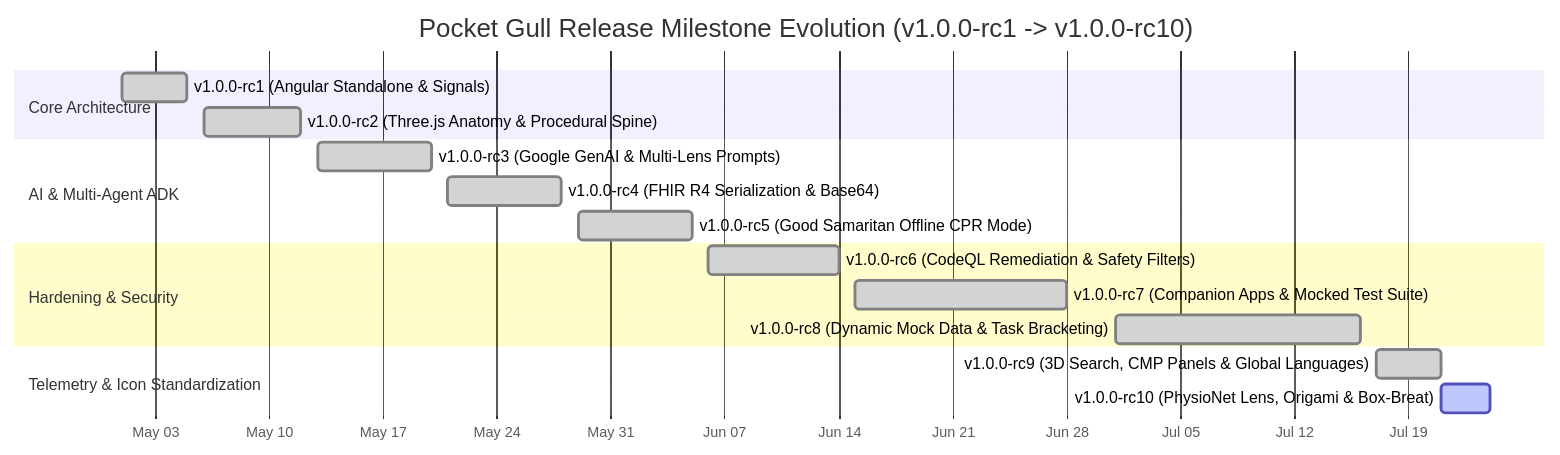
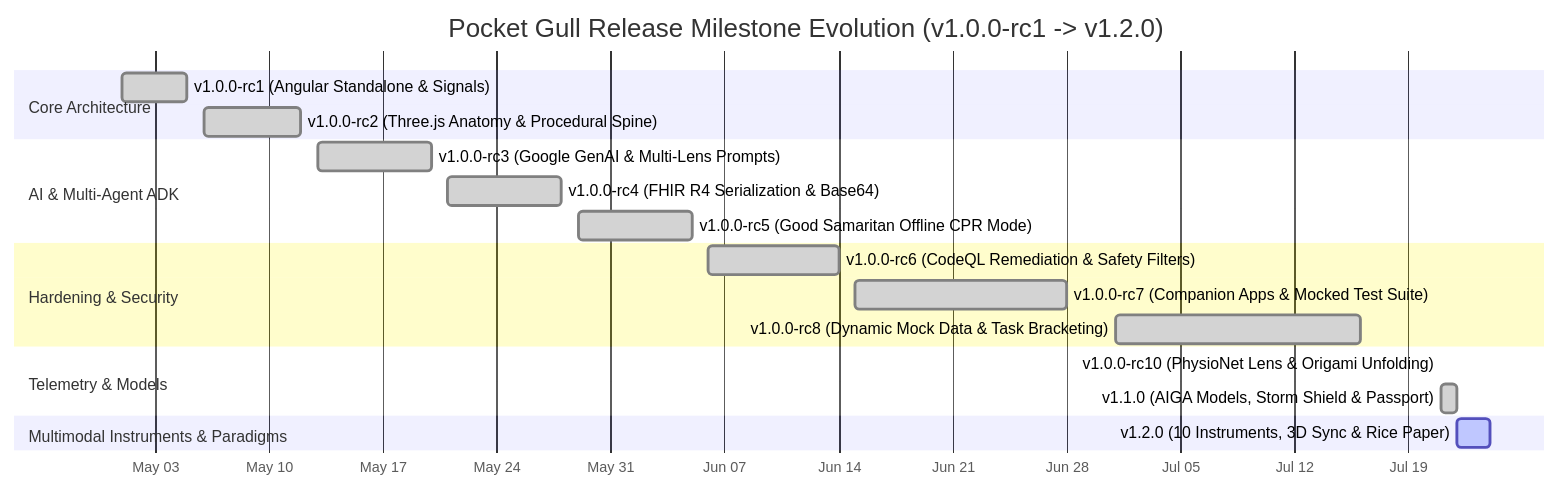
Before and after one commit to philgear/pocketgull: the first of 2 diagrams in docs/study/src/pages/git-roadmap.mdx, drawn with Mermaid. The commit also changed 190 other files, not shown here.

````diff
--- a/docs/study/src/pages/git-roadmap.mdx
+++ b/docs/study/src/pages/git-roadmap.mdx
@@ -16,24 +16,27 @@
 ```mermaid
 gantt
-    title Pocket Gull Release Milestone Evolution (v1.0.0-rc1 -> v1.0.0-rc10)
+    title Pocket Gull Release Milestone Evolution (v1.0.0-rc1 -> v1.2.0)
     dateFormat  YYYY-MM-DD
     axisFormat  %b %d
 
     section Core Architecture
     v1.0.0-rc1 (Angular Standalone & Signals)       :done, rc1, 2026-05-01, 2026-05-05
     v1.0.0-rc2 (Three.js Anatomy & Procedural Spine):done, rc2, 2026-05-06, 2026-05-12
 
     section AI & Multi-Agent ADK
     v1.0.0-rc3 (Google GenAI & Multi-Lens Prompts)  :done, rc3, 2026-05-13, 2026-05-20
     v1.0.0-rc4 (FHIR R4 Serialization & Base64)     :done, rc4, 2026-05-21, 2026-05-28
     v1.0.0-rc5 (Good Samaritan Offline CPR Mode)    :done, rc5, 2026-05-29, 2026-06-05
 
     section Hardening & Security
     v1.0.0-rc6 (CodeQL Remediation & Safety Filters):done, rc6, 2026-06-06, 2026-06-14
     v1.0.0-rc7 (Companion Apps & Mocked Test Suite) :done, rc7, 2026-06-15, 2026-06-28
     v1.0.0-rc8 (Dynamic Mock Data & Task Bracketing):done, rc8, 2026-07-01, 2026-07-16
 
-    section Telemetry & Icon Standardization
-    v1.0.0-rc9 (3D Search, CMP Panels & Global Languages)  :done, rc9, 2026-07-17, 2026-07-21
-    v1.0.0-rc10 (PhysioNet Lens, Origami & Box-Breat):active, rc10, 2026-07-21, 3d
+    section Telemetry & Models
+    v1.0.0-rc10 (PhysioNet Lens & Origami Unfolding):done, rc10, 2026-07-21, 2026-07-21
+    v1.1.0 (AIGA Models, Storm Shield & Passport)   :done, v11, 2026-07-21, 2026-07-22
+
+    section Multimodal Instruments & Paradigms
+    v1.2.0 (10 Instruments, 3D Sync & Rice Paper)   :active, v12, 2026-07-22, 2d
 ```
````
